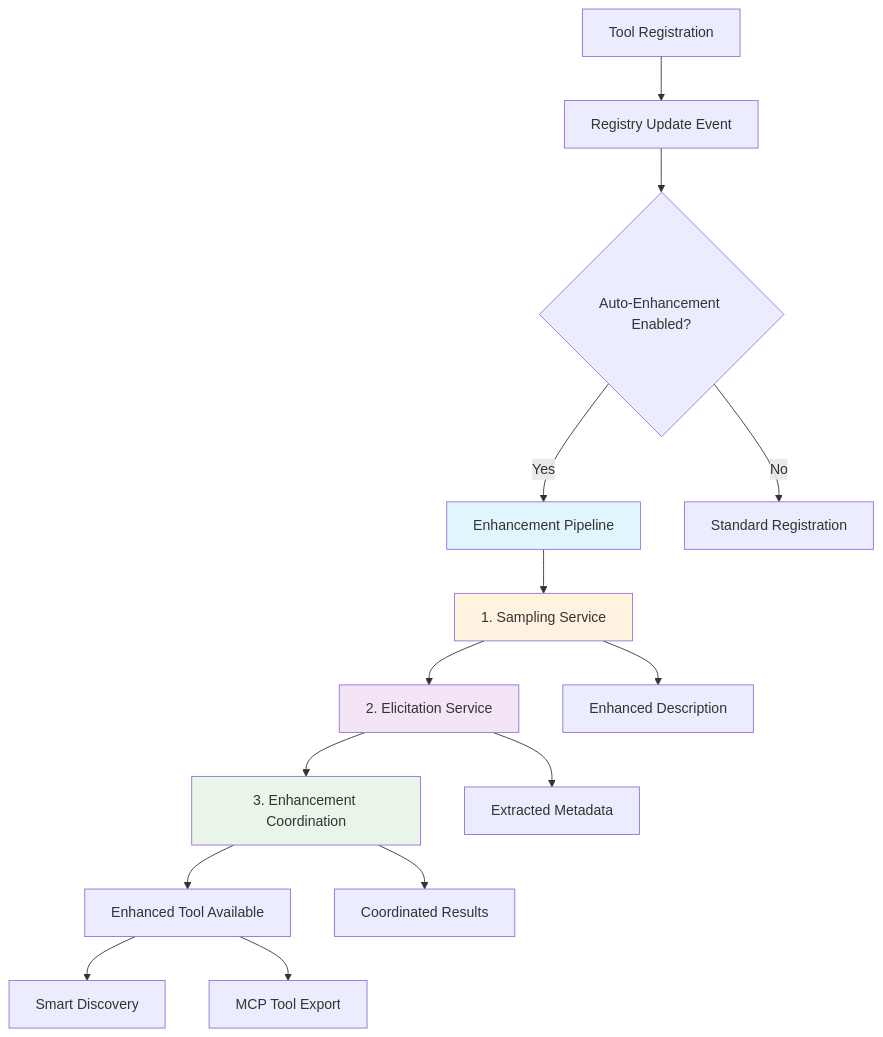
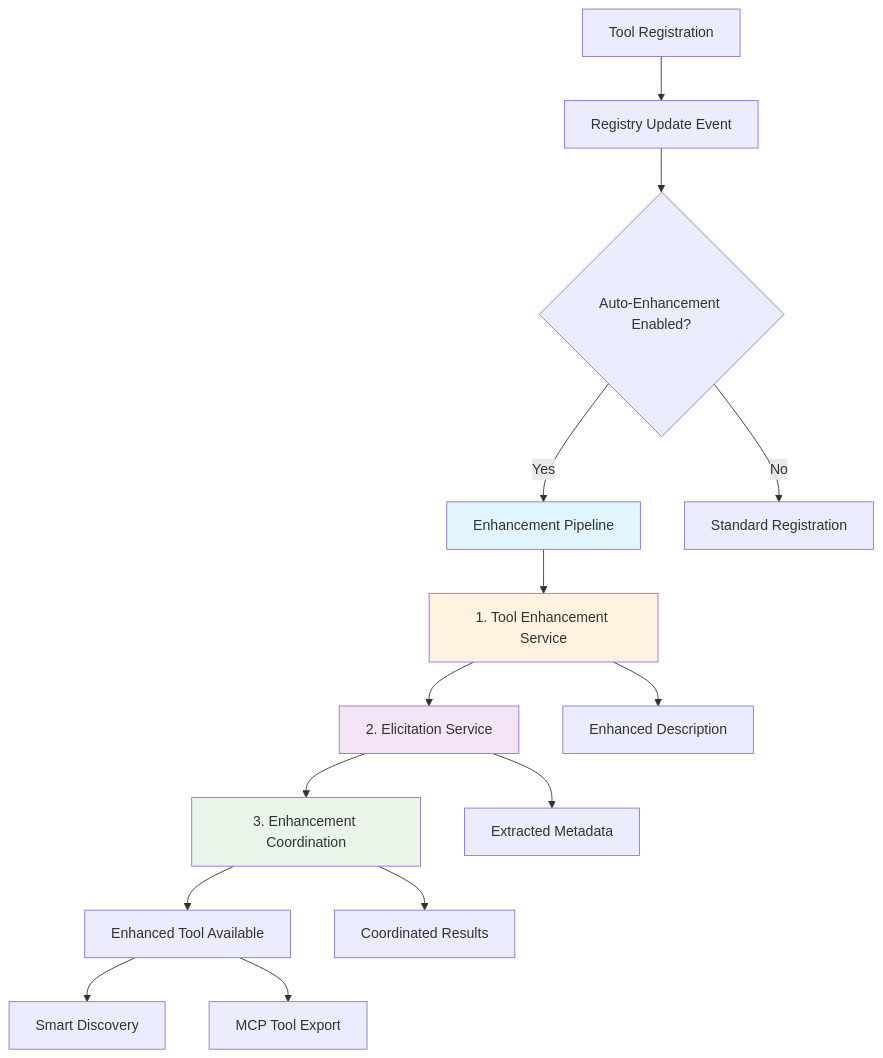
One commit to MagicBeansAI/magictunnel changed the first of 4 diagrams in docs/llm-workflow.md. Above: the diagram before and after it, drawn with Mermaid. The commit also changed other lines of this file and 69 other files, not shown here.

````diff
--- a/docs/llm-workflow.md
+++ b/docs/llm-workflow.md
@@ -9,24 +9,24 @@
 ```mermaid
 graph TD
     A[Tool Registration] --> B[Registry Update Event]
     B --> C{Auto-Enhancement Enabled?}
     C -->|Yes| D[Enhancement Pipeline]
     C -->|No| E[Standard Registration]
     
-    D --> F[1. Sampling Service]
+    D --> F[1. Tool Enhancement Service]
     F --> G[2. Elicitation Service]
     G --> H[3. Enhancement Coordination]
     H --> I[Enhanced Tool Available]
     
     F --> J[Enhanced Description]
     G --> K[Extracted Metadata]
     H --> L[Coordinated Results]
     
     I --> M[Smart Discovery]
     I --> N[MCP Tool Export]
     
     style D fill:#e1f5fe
     style F fill:#fff3e0
     style G fill:#f3e5f5
     style H fill:#e8f5e8
 ```
````
